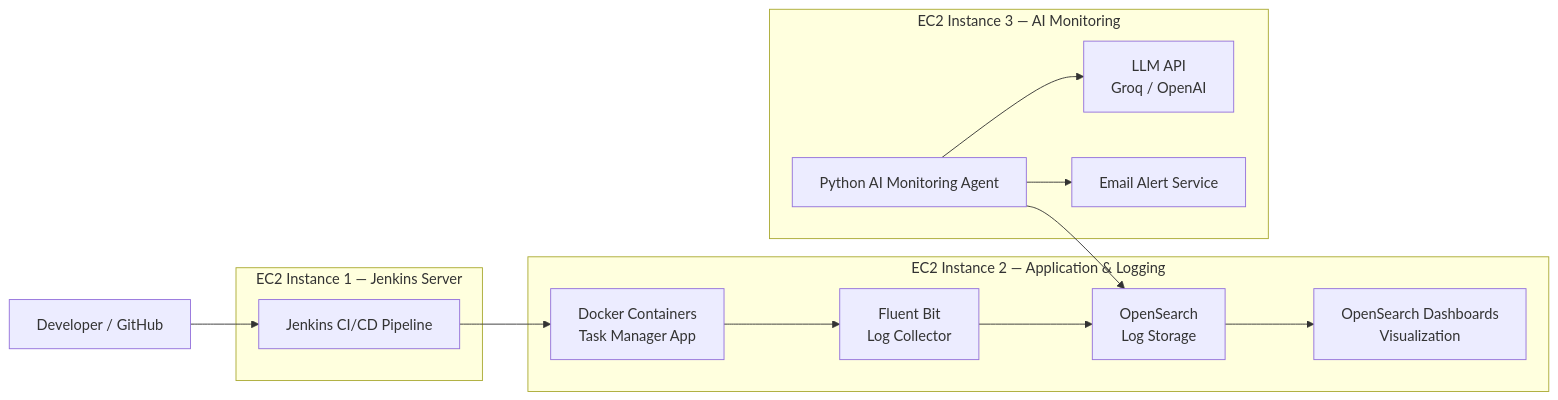
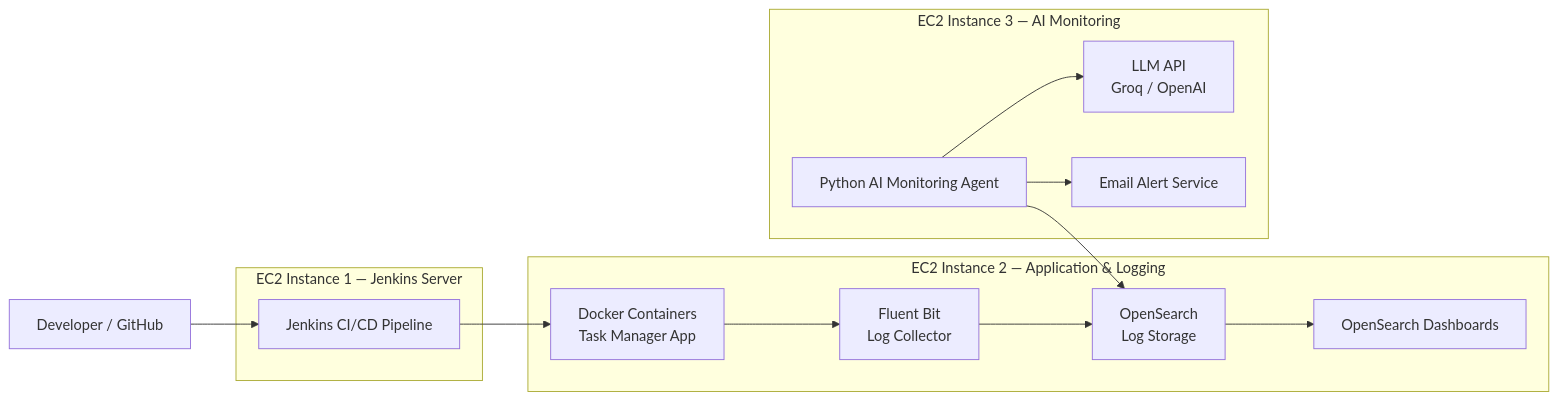
The diagram in README.md (karthik-51/task-manager-observability-platform), drawn with Mermaid before and after one commit. The commit also changed other lines of this file, not shown here.

````diff
--- a/README.md
+++ b/README.md
@@ -87,31 +93,31 @@
 ```mermaid
 flowchart LR
 
 Developer[Developer / GitHub]
 
 subgraph EC2_1["EC2 Instance 1 — Jenkins Server"]
 Jenkins[Jenkins CI/CD Pipeline]
 end
 
 subgraph EC2_2["EC2 Instance 2 — Application & Logging"]
 Docker[Docker Containers\nTask Manager App]
 FluentBit[Fluent Bit\nLog Collector]
 OpenSearch[OpenSearch\nLog Storage]
-Dashboards[OpenSearch Dashboards\nVisualization]
+Dashboards[OpenSearch Dashboards]
 end
 
 subgraph EC2_3["EC2 Instance 3 — AI Monitoring"]
 Agent[Python AI Monitoring Agent]
 LLM[LLM API\nGroq / OpenAI]
 SMTP[Email Alert Service]
 end
 
 Developer --> Jenkins
 Jenkins --> Docker
 Docker --> FluentBit
 FluentBit --> OpenSearch
 OpenSearch --> Dashboards
 Agent --> OpenSearch
 Agent --> LLM
 Agent --> SMTP
 ```
````
